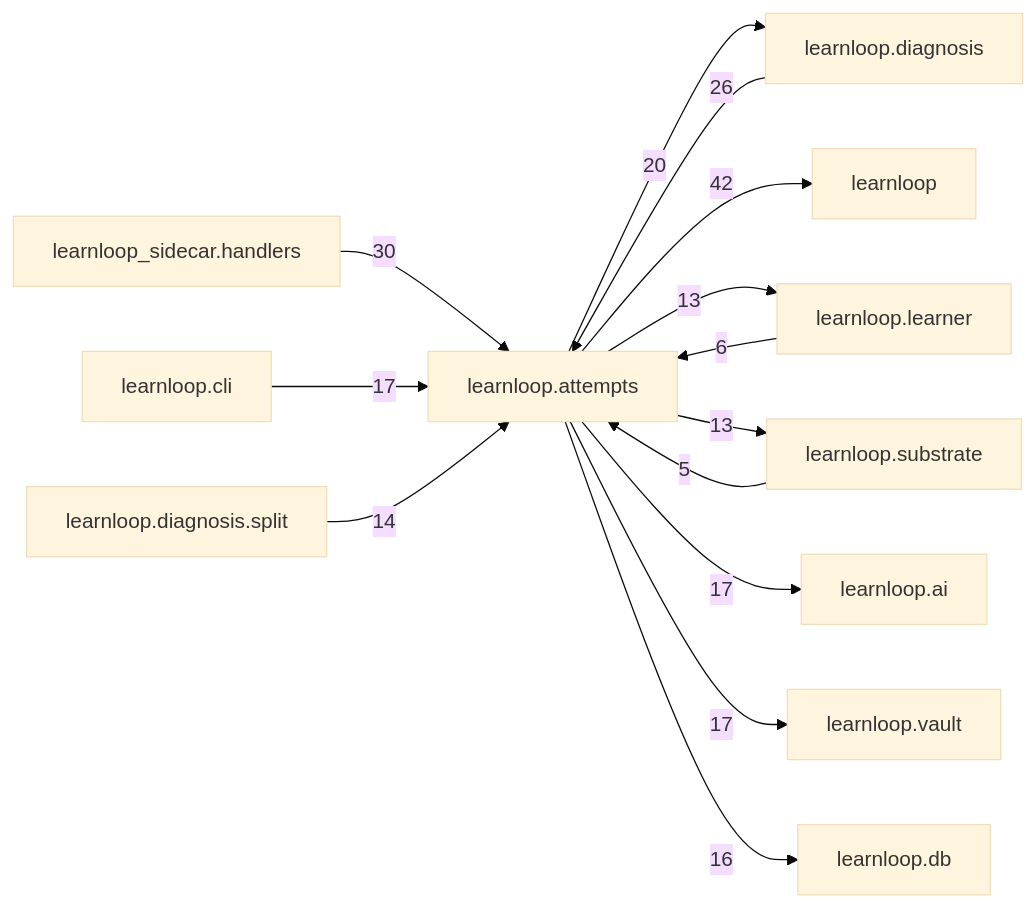
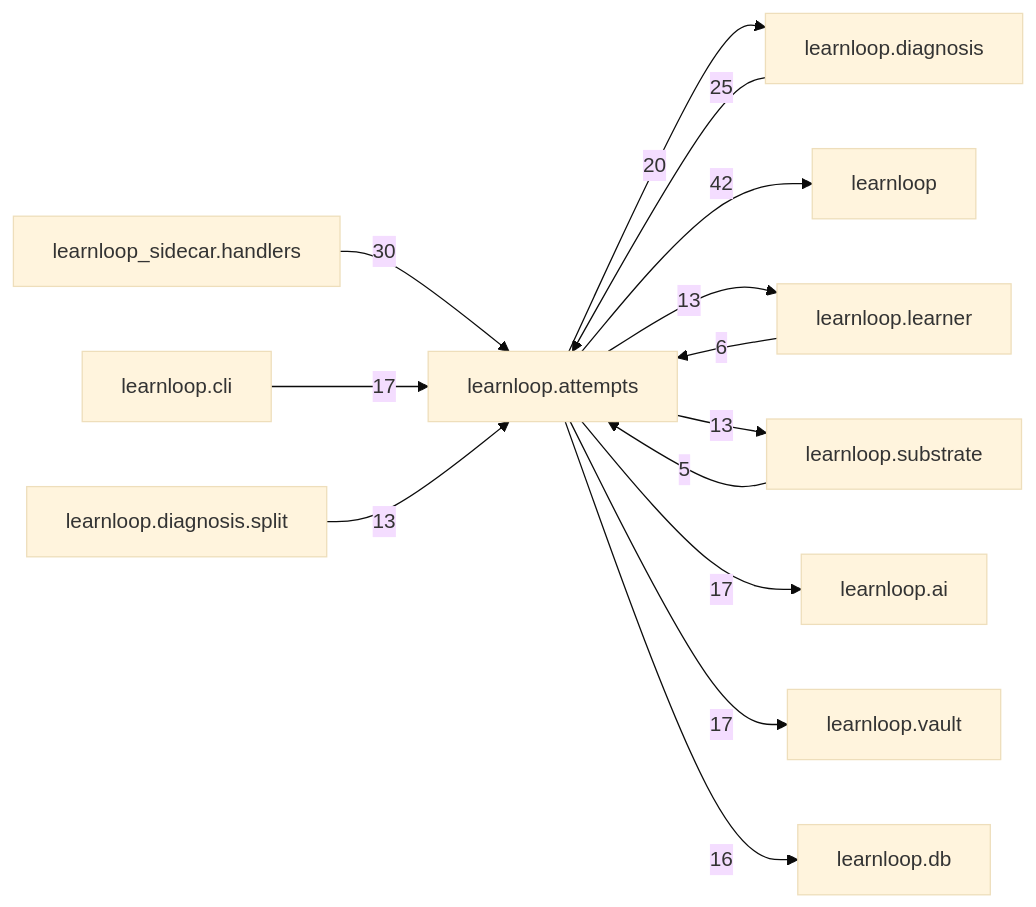
The diagram in docs/learnloop-architecture-vault/Reference/Modules/learnloop/attempts/_package.md (6up-b/learnanything), drawn with Mermaid (base theme) before and after one commit. The commit also changed other lines of this file and 137 other files, not shown here.

Commit message:
Vault: references regenerated after the split pair's removal (diagnosis config 24 to 22 fields; leaf counts 1,173 to 1,171)

````diff
--- a/docs/learnloop-architecture-vault/Reference/Modules/learnloop/attempts/_package.md
+++ b/docs/learnloop-architecture-vault/Reference/Modules/learnloop/attempts/_package.md
@@ -168,27 +168,27 @@
 ```mermaid
 flowchart LR
     center["learnloop.attempts"]
     n_learnloop_diagnosis["learnloop.diagnosis"]
     n_learnloop["learnloop"]
     n_learnloop_sidecar_handlers["learnloop_sidecar.handlers"]
     n_learnloop_learner["learnloop.learner"]
     n_learnloop_substrate["learnloop.substrate"]
     n_learnloop_ai["learnloop.ai"]
     n_learnloop_cli["learnloop.cli"]
     n_learnloop_vault["learnloop.vault"]
     n_learnloop_db["learnloop.db"]
     n_learnloop_diagnosis_split["learnloop.diagnosis.split"]
-    n_learnloop_diagnosis -->|26| center
+    n_learnloop_diagnosis -->|25| center
     center -->|20| n_learnloop_diagnosis
     center -->|42| n_learnloop
     n_learnloop_sidecar_handlers -->|30| center
     n_learnloop_learner -->|6| center
     center -->|13| n_learnloop_learner
     n_learnloop_substrate -->|5| center
     center -->|13| n_learnloop_substrate
     center -->|17| n_learnloop_ai
     n_learnloop_cli -->|17| center
     center -->|17| n_learnloop_vault
     center -->|16| n_learnloop_db
-    n_learnloop_diagnosis_split -->|14| center
+    n_learnloop_diagnosis_split -->|13| center
 ```
````
